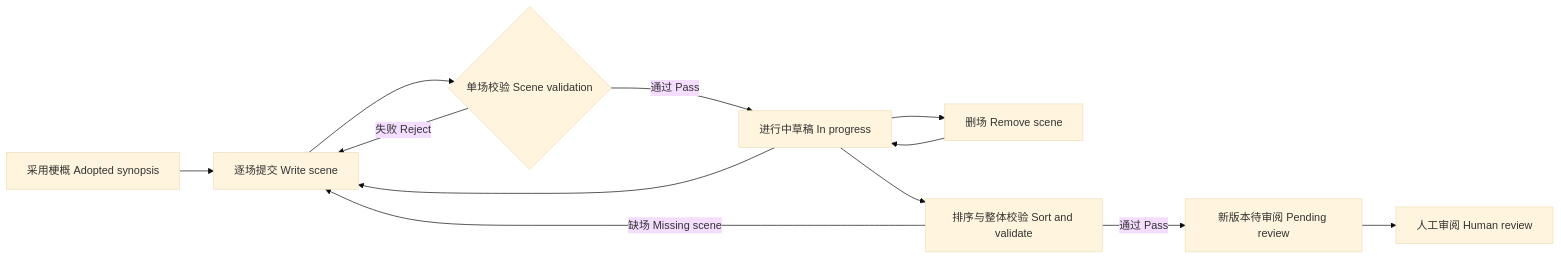
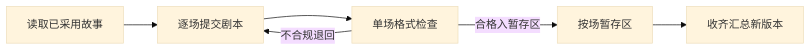
One commit to yukawasensei/harness-book-for-everyone changed the diagram in book/build/chapters/p04.md. Above: the diagram before and after it, drawn with Mermaid (base theme). The commit also changed other lines of this file and 45 other files, not shown here.

````diff
--- a/book/build/chapters/p04.md
+++ b/book/build/chapters/p04.md
@@ -52,14 +45,8 @@
 ```mermaid
 flowchart LR
-  U["采用梗概 Adopted synopsis"] --> W["逐场提交 Write scene"]
-  W --> V{"单场校验 Scene validation"}
-  V -->|"失败 Reject"| W
-  V -->|"通过 Pass"| D["进行中草稿 In progress"]
-  D --> W
-  D --> R["删场 Remove scene"]
-  R --> D
-  D --> F["排序与整体校验 Sort and validate"]
-  F -->|"缺场 Missing scene"| W
-  F -->|"通过 Pass"| P["新版本待审阅 Pending review"]
-  P --> H["人工审阅 Human review"]
+  U["读取已采用故事"] --> W["逐场提交剧本"]
+  W --> C["单场格式检查"]
+  C -->|"不合规退回"| W
+  C -->|"合格入暂存区"| T["按场暂存区"]
+  T --> F["收齐汇总新版本"]
 ```
````
